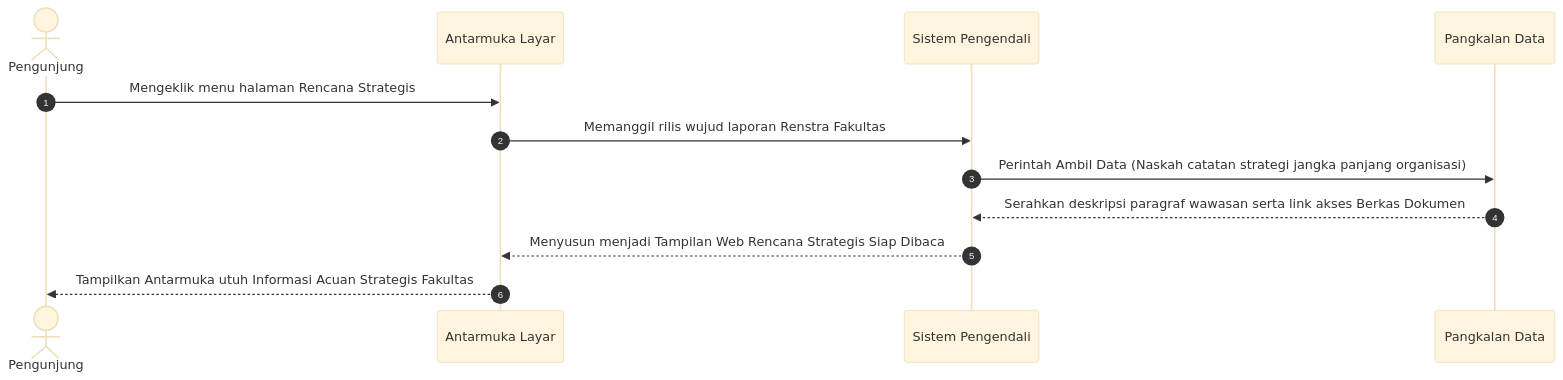
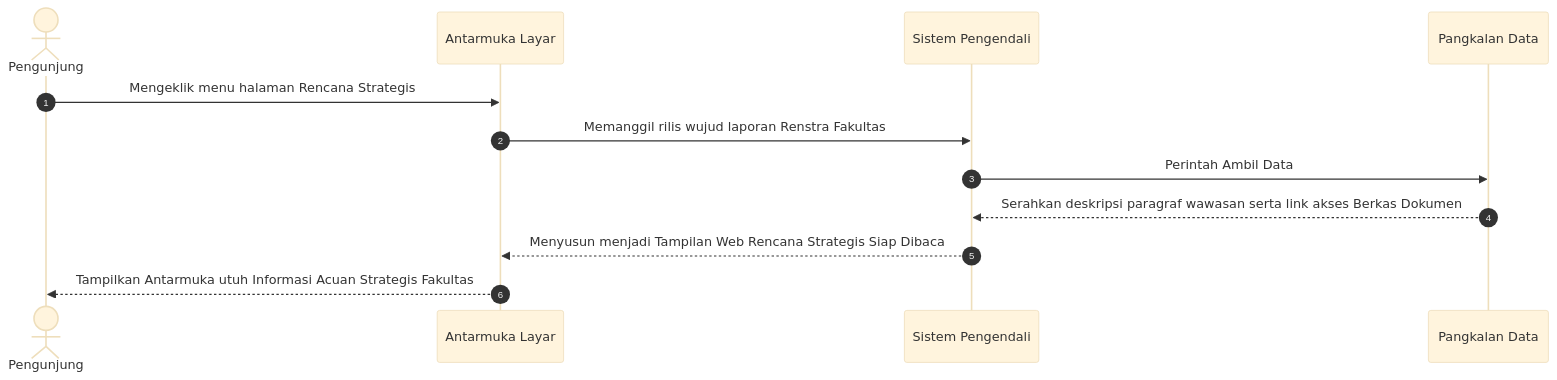
One commit to arbain-dev/Web_fikom changed diagram 15 of 39 in docs/02_DIAGRAM_URUTAN_SEQUENCE.md. Above: the diagram before and after it, drawn with Mermaid (base theme). The commit also changed other lines of this file, not shown here.

````diff
--- a/docs/02_DIAGRAM_URUTAN_SEQUENCE.md
+++ b/docs/02_DIAGRAM_URUTAN_SEQUENCE.md
@@ -359,17 +359,17 @@
 ```mermaid
 sequenceDiagram
     autonumber
     actor User as Pengunjung
     participant Frontend as Antarmuka Layar
     participant Backend as Sistem Pengendali
     participant Database as Pangkalan Data
 
     User->>Frontend: Mengeklik menu halaman Rencana Strategis
     Frontend->>Backend: Memanggil rilis wujud laporan Renstra Fakultas
     
-    Backend->>Database: Perintah Ambil Data (Naskah catatan strategi jangka panjang organisasi)
+    Backend->>Database: Perintah Ambil Data
     Database-->>Backend: Serahkan deskripsi paragraf wawasan serta link akses Berkas Dokumen 
     
     Backend-->>Frontend: Menyusun menjadi Tampilan Web Rencana Strategis Siap Dibaca
     Frontend-->>User: Tampilkan Antarmuka utuh Informasi Acuan Strategis Fakultas
 ```
````
